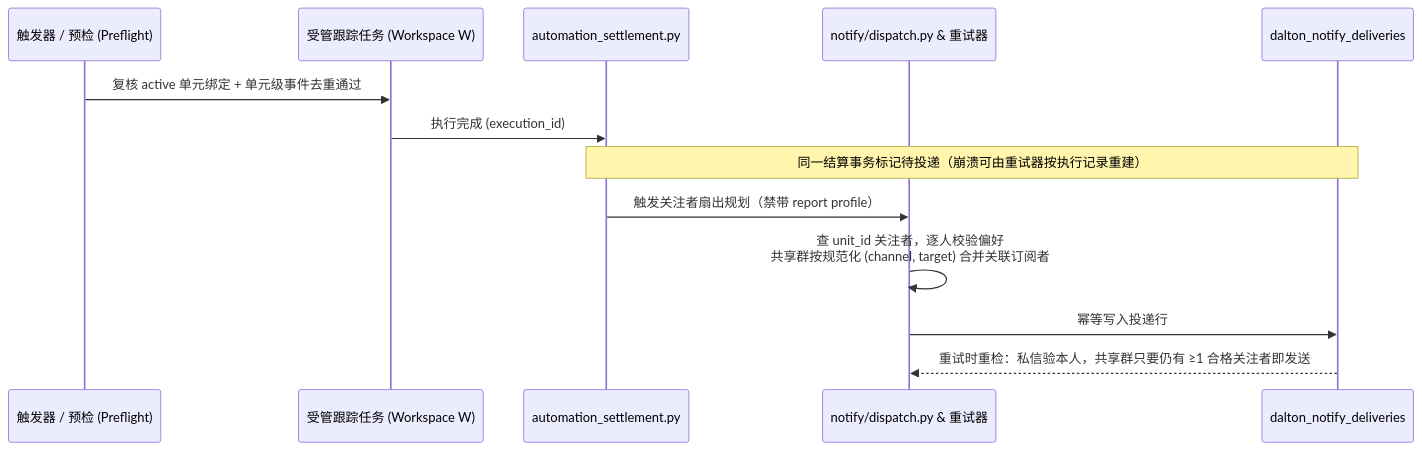
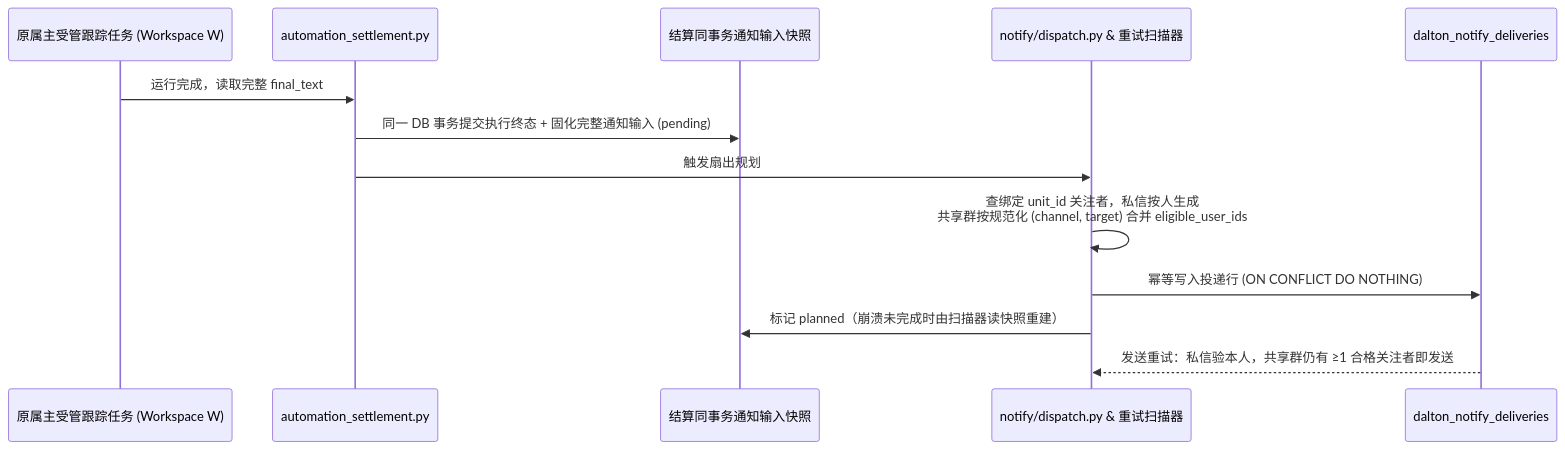
One commit to everflowinv/dalton-langalpha changed the second of 2 diagrams in docs/dalton/features/coverage-follows-company.md. Above: the diagram before and after it, drawn with Mermaid. The commit also changed other lines of this file, not shown here.

````diff
--- a/docs/dalton/features/coverage-follows-company.md
+++ b/docs/dalton/features/coverage-follows-company.md
@@ -332,16 +230,16 @@
 ```mermaid
 sequenceDiagram
-    participant Cron as 触发器 / 预检 (Preflight)
-    participant Auto as 受管跟踪任务 (Workspace W)
+    participant Auto as 原属主受管跟踪任务 (Workspace W)
     participant Settle as automation_settlement.py
-    participant Dispatch as notify/dispatch.py & 重试器
+    participant Outbox as 结算同事务通知输入快照
+    participant Dispatch as notify/dispatch.py & 重试扫描器
     participant Ledger as dalton_notify_deliveries
 
-    Cron->>Auto: 复核 active 单元绑定 + 单元级事件去重通过
-    Auto->>Settle: 执行完成 (execution_id)
-    Note over Settle,Ledger: 同一结算事务标记待投递（崩溃可由重试器按执行记录重建）
-    Settle->>Dispatch: 触发关注者扇出规划（禁带 report profile）
-    Dispatch->>Dispatch: 查 unit_id 关注者，逐人校验偏好<br/>共享群按规范化 (channel, target) 合并关联订阅者
-    Dispatch->>Ledger: 幂等写入投递行
-    Ledger-->>Dispatch: 重试时重检：私信验本人，共享群只要仍有 ≥1 合格关注者即发送
+    Auto->>Settle: 运行完成，读取完整 final_text
+    Settle->>Outbox: 同一 DB 事务提交执行终态 + 固化完整通知输入 (pending)
+    Settle->>Dispatch: 触发扇出规划
+    Dispatch->>Dispatch: 查绑定 unit_id 关注者，私信按人生成<br/>共享群按规范化 (channel, target) 合并 eligible_user_ids
+    Dispatch->>Ledger: 幂等写入投递行 (ON CONFLICT DO NOTHING)
+    Dispatch->>Outbox: 标记 planned（崩溃未完成时由扫描器读快照重建）
+    Ledger-->>Dispatch: 发送重试：私信验本人，共享群仍有 ≥1 合格关注者即发送
 ```
````
